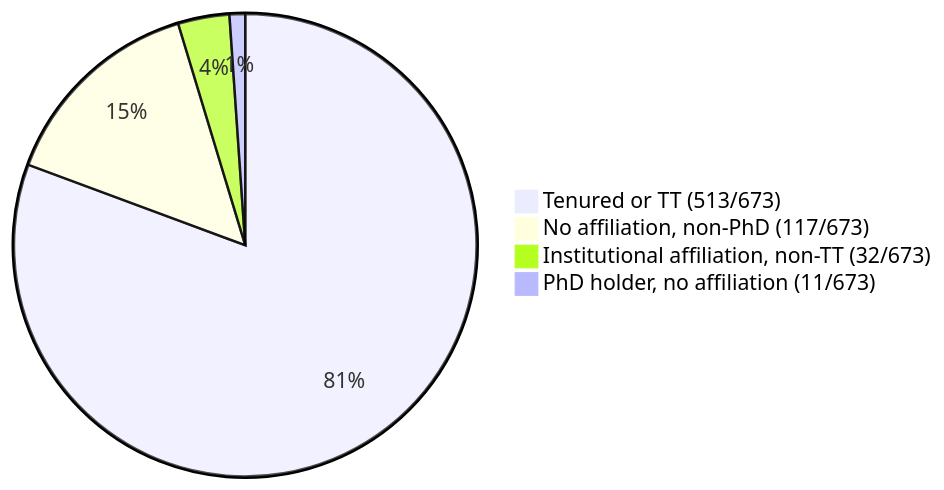
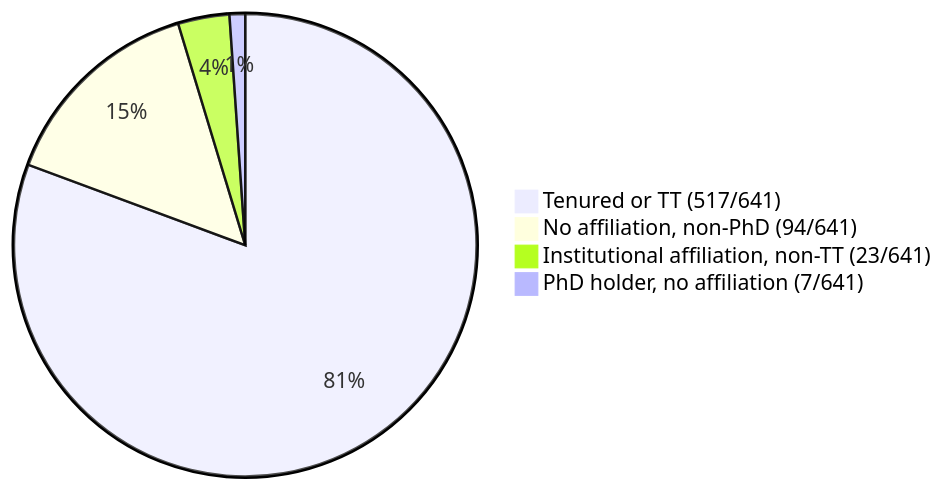
Before and after one commit to WeAreTheField/wearethefield: the fourth of 4 diagrams in inprogress/music/index.md, drawn with Mermaid. The commit also changed other lines of this file, not shown here.

```diff
--- a/inprogress/music/index.md
+++ b/inprogress/music/index.md
@@ -105,7 +105,7 @@
 <pre class="mermaid">
   pie
-  "Tenured or TT (513/673)" : 517
-  "No affiliation, non-PhD (117/673)" : 94
-  "Institutional affiliation, non-TT (32/673)" : 23
-  "PhD holder, no affiliation (11/673)" : 7
+  "Tenured or TT (517/641)" : 517
+  "No affiliation, non-PhD (94/641)" : 94
+  "Institutional affiliation, non-TT (23/641)" : 23
+  "PhD holder, no affiliation (7/641)" : 7
 </pre>
```
